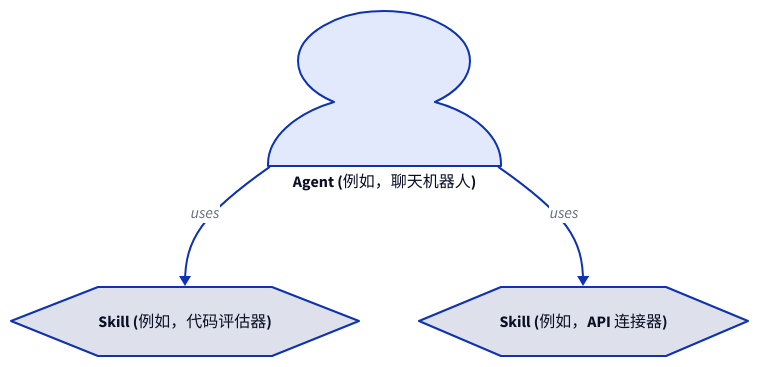
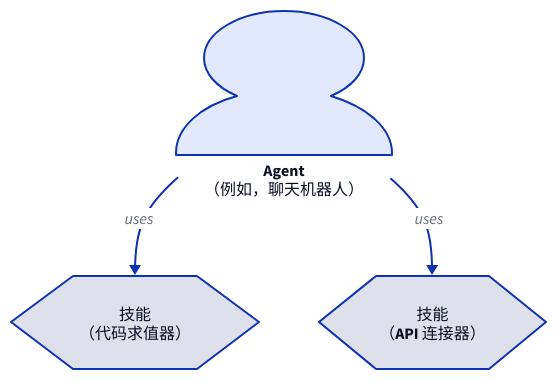
The first of 2 diagrams in packages/cli/docs/core-concepts-agents-and-skills.zh.md (AIGNE-io/aigne-framework), drawn with D2 before and after one commit. The commit also changed other lines of this file and 38 other files, not shown here.

````diff
--- a/packages/cli/docs/core-concepts-agents-and-skills.zh.md
+++ b/packages/cli/docs/core-concepts-agents-and-skills.zh.md
@@ -9,18 +9,21 @@
 ```d2
 direction: down
 
-agent: "Agent (例如，聊天机器人)" {
+agent: {
+  label: "Agent\n（例如，聊天机器人）"
   shape: person
 }
 
-skill1: "Skill (例如，代码评估器)" {
+code-evaluator: {
+  label: "技能\n（代码求值器）"
   shape: hexagon
 }
 
-skill2: "Skill (例如，API 连接器)" {
+api-connector: {
+  label: "技能\n（API 连接器）"
   shape: hexagon
 }
 
-agent -> skill1: uses
-agent -> skill2: uses
+agent -> code-evaluator: uses
+agent -> api-connector: uses
 ```
````
